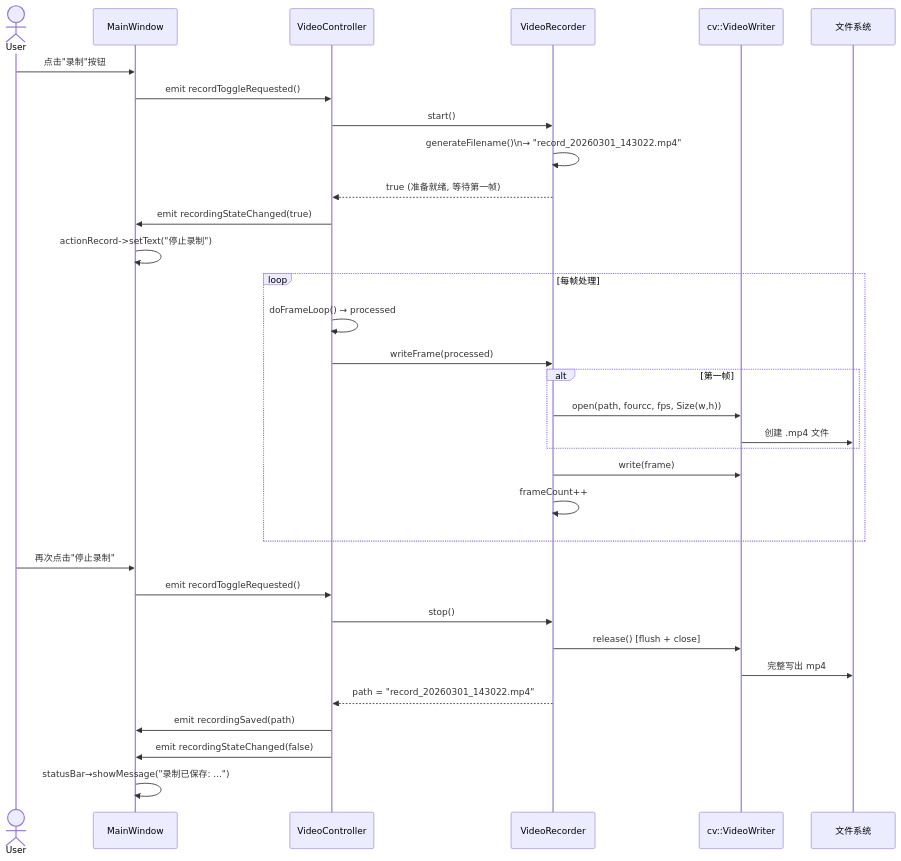
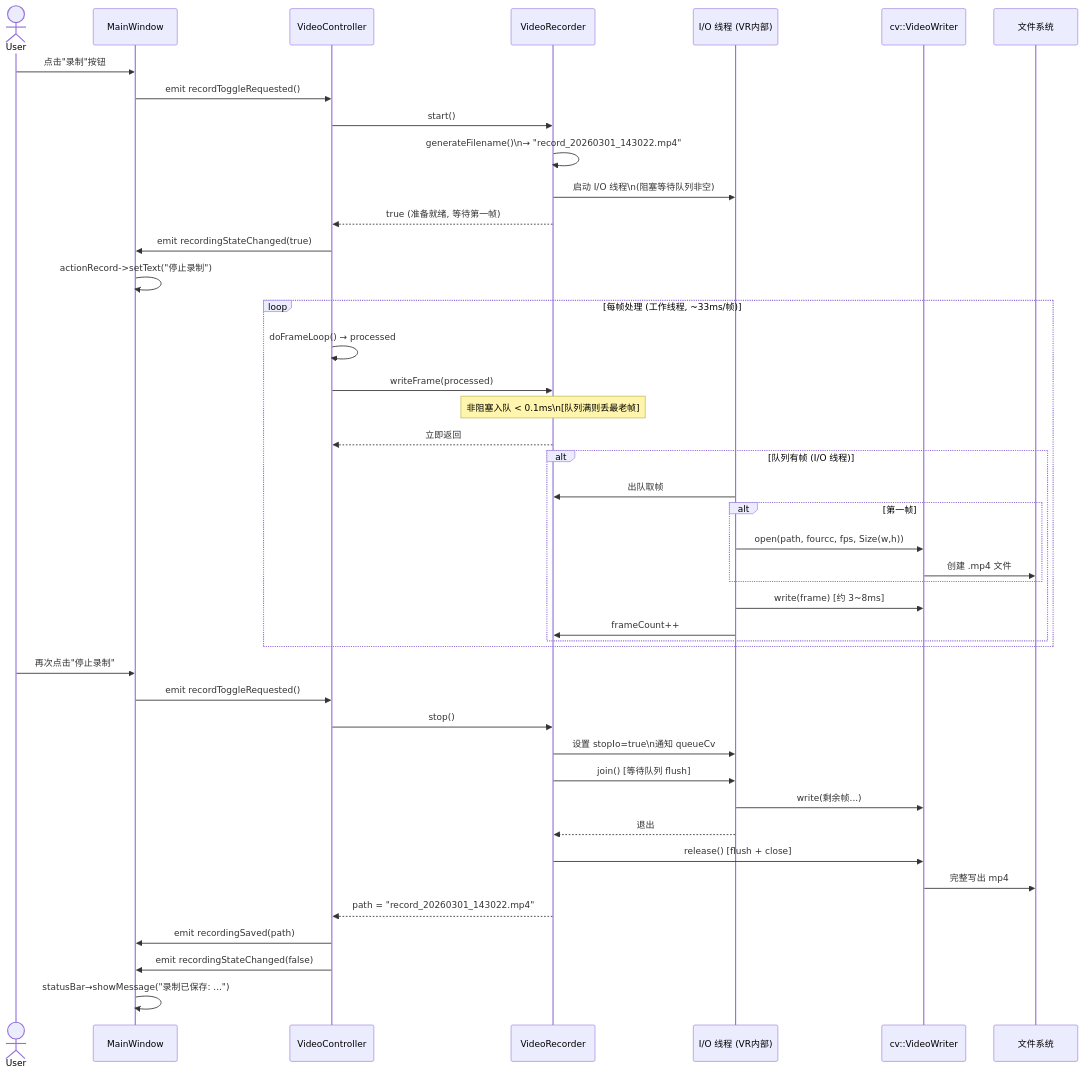
Before and after one commit to Verginius/Real-time-Video-Stream-Filtering-and-Detection-Tool-Based-on-OpenCV---Qt: the third of 7 diagrams in docs/assets/flow-Export.md, drawn with Mermaid. The commit also changed other lines of this file and 57 other files, not shown here.

````diff
--- a/docs/assets/flow-Export.md
+++ b/docs/assets/flow-Export.md
@@ -89,38 +101,50 @@
 ```mermaid
 sequenceDiagram
     actor User
     participant MW as MainWindow
     participant VC as VideoController
     participant VR as VideoRecorder
+    participant IOT as I/O 线程 (VR内部)
     participant CVW as cv::VideoWriter
     participant FS as 文件系统
 
     User->>MW: 点击"录制"按钮
     MW->>VC: emit recordToggleRequested()
     VC->>VR: start()
     VR->>VR: generateFilename()\n→ "record_20260301_143022.mp4"
+    VR->>IOT: 启动 I/O 线程\n(阻塞等待队列非空)
     VR-->>VC: true (准备就绪, 等待第一帧)
     VC->>MW: emit recordingStateChanged(true)
     MW->>MW: actionRecord->setText("停止录制")
 
-    loop 每帧处理
+    loop 每帧处理 (工作线程, ~33ms/帧)
         VC->>VC: doFrameLoop() → processed
         VC->>VR: writeFrame(processed)
-        alt 第一帧
-            VR->>CVW: open(path, fourcc, fps, Size(w,h))
-            CVW->>FS: 创建 .mp4 文件
+        note over VR: 非阻塞入队 < 0.1ms\n[队列满则丢最老帧]
+        VR-->>VC: 立即返回
+
+        alt 队列有帧 (I/O 线程)
+            IOT->>VR: 出队取帧
+            alt 第一帧
+                IOT->>CVW: open(path, fourcc, fps, Size(w,h))
+                CVW->>FS: 创建 .mp4 文件
+            end
+            IOT->>CVW: write(frame)  [约 3~8ms]
+            IOT->>VR: frameCount++
         end
-        VR->>CVW: write(frame)
-        VR->>VR: frameCount++
     end
 
     User->>MW: 再次点击"停止录制"
     MW->>VC: emit recordToggleRequested()
     VC->>VR: stop()
+    VR->>IOT: 设置 stopIo=true\n通知 queueCv
+    VR->>IOT: join() [等待队列 flush]
+    IOT->>CVW: write(剩余帧...)
+    IOT-->>VR: 退出
     VR->>CVW: release() [flush + close]
     CVW->>FS: 完整写出 mp4
     VR-->>VC: path = "record_20260301_143022.mp4"
     VC->>MW: emit recordingSaved(path)
     VC->>MW: emit recordingStateChanged(false)
     MW->>MW: statusBar→showMessage("录制已保存: ...")
 ```
````
